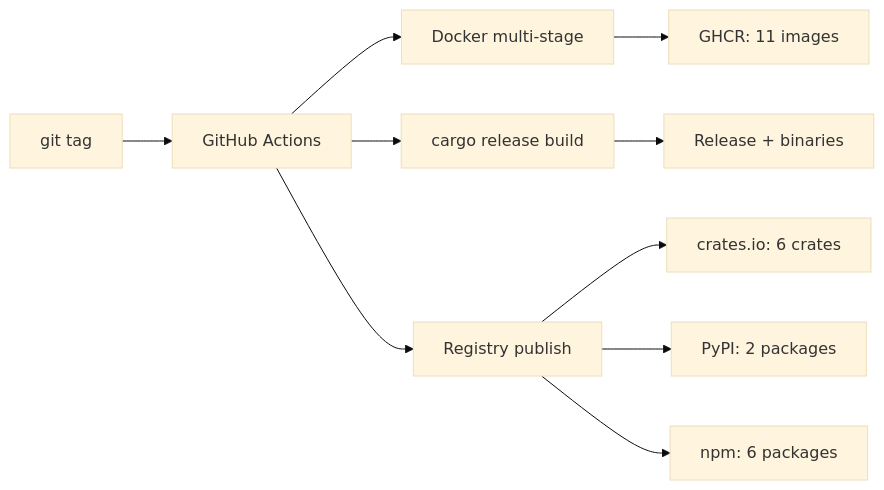
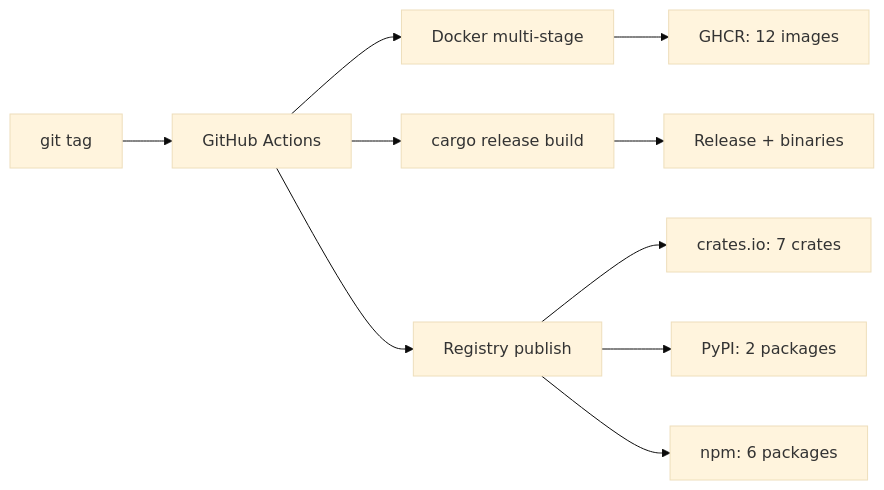
The diagram in README.md (BartoszOsiej/BartoszOsiej), drawn with Mermaid (base theme) before and after one commit. The commit also changed other lines of this file, not shown here.

````diff
--- a/README.md
+++ b/README.md
@@ -128,12 +128,12 @@
 ```mermaid
 flowchart LR
     T["git tag"] --> CI["GitHub Actions"]
     CI --> D["Docker multi-stage"]
-    D --> G["GHCR: 11 images"]
+    D --> G["GHCR: 12 images"]
     CI --> B["cargo release build"]
     B --> R["Release + binaries"]
     CI --> P["Registry publish"]
-    P --> C["crates.io: 6 crates"]
+    P --> C["crates.io: 7 crates"]
     P --> Y["PyPI: 2 packages"]
     P --> N["npm: 6 packages"]
 ```
````
